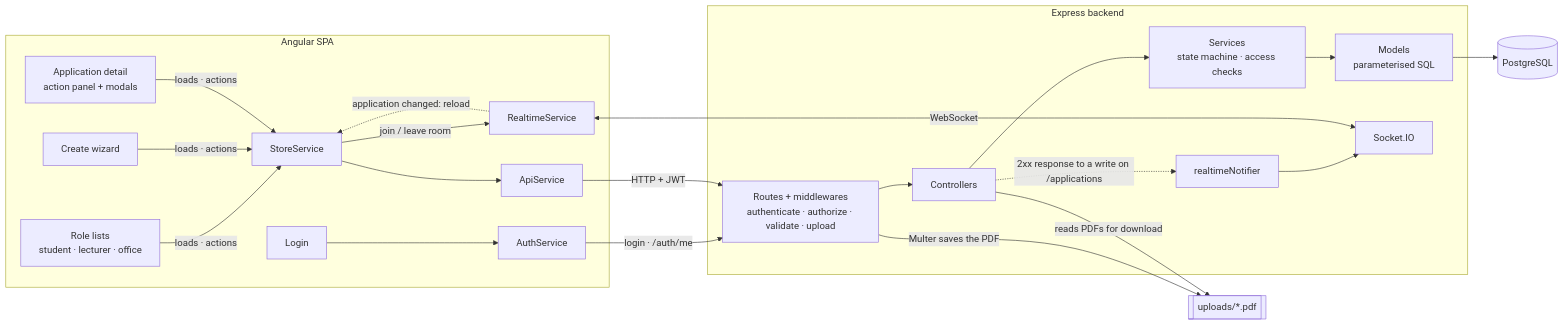
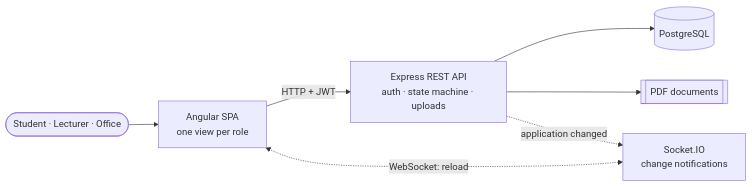
Before and after one commit to tommasomoro8/overseas-student-management: the diagram in README.md, drawn with Mermaid.

Commit message:
Simplify README architecture diagram to a high-level view

````diff
--- a/README.md
+++ b/README.md
@@ -101,38 +101,16 @@
 ```mermaid
 flowchart LR
-    subgraph SPA["Angular SPA"]
-        Login["Login"]
-        Lists["Role lists<br/>student · lecturer · office"]
-        Create["Create wizard"]
-        Detail["Application detail<br/>action panel + modals"]
-        Auth["AuthService"]
-        Store["StoreService"]
-        Api["ApiService"]
-        RT["RealtimeService"]
-    end
+    Users(["Student · Lecturer · Office"])
+    SPA["Angular SPA<br/>one view per role"]
+    API["Express REST API<br/>auth · state machine · uploads"]
+    IO["Socket.IO<br/>change notifications"]
+    PG[("PostgreSQL")]
+    FS[["PDF documents"]]
 
-    subgraph API["Express backend"]
-        MW["Routes + middlewares<br/>authenticate · authorize · validate · upload"]
-        Ctrl["Controllers"]
-        Svc["Services<br/>state machine · access checks"]
-        Models["Models<br/>parameterised SQL"]
-        Notify["realtimeNotifier"]
-        IO["Socket.IO"]
-    end
-
-    PG[("PostgreSQL")]
-    FS[["uploads/*.pdf"]]
-
-    Login --> Auth
-    Lists & Create & Detail -->|"loads · actions"| Store
-    Store --> Api
-    Auth -->|"login · /auth/me"| MW
-    Api -->|"HTTP + JWT"| MW
-    MW --> Ctrl --> Svc --> Models --> PG
-    MW -->|"Multer saves the PDF"| FS
-    Ctrl -->|"reads PDFs for download"| FS
-    Ctrl -.->|"2xx response to a write on /applications"| Notify --> IO
-    Store -->|"join / leave room"| RT
-    RT <-->|WebSocket| IO
-    RT -.->|"application changed: reload"| Store
+    Users --> SPA
+    SPA -->|"HTTP + JWT"| API
+    API --> PG
+    API --> FS
+    API -.->|"application changed"| IO
+    IO <-.->|"WebSocket: reload"| SPA
 ```
````
